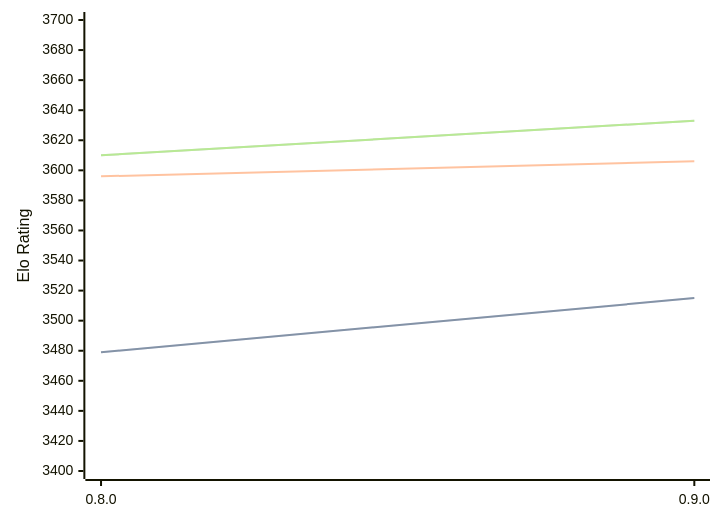
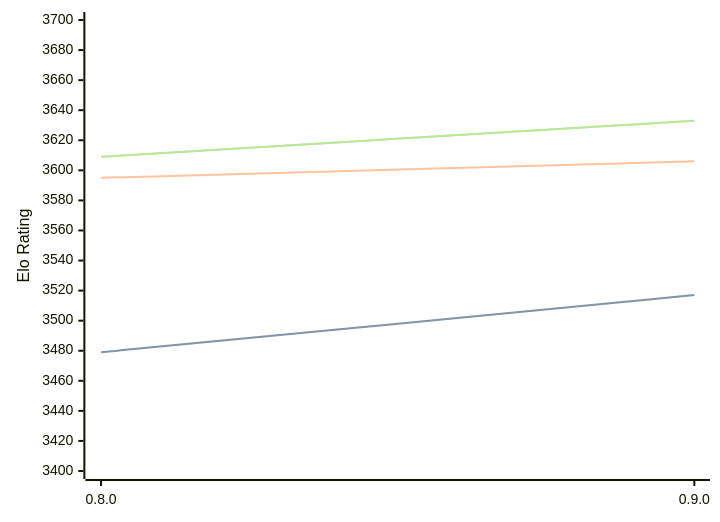
Before and after one commit to computer-chess-index/cci: the diagram in engines/Reckless.md, drawn with Mermaid. The commit also changed other lines of this file, not shown here.

Commit message:
Update CCI Ratings (ELO VLTC) - 2026-04-21

````diff
--- a/engines/Reckless.md
+++ b/engines/Reckless.md
@@ -39,11 +39,11 @@
 ```mermaid
 %%{init: {"theme":"base","themeVariables":{"seriesColors:['#a3a3a3','#222221','#faa371']}}}%%
 xychart-beta
   x-axis ["0.8.0", "0.9.0"]
   y-axis "Elo Rating" 3400 --> 3700
-  line "STC (8.0+0.08s)" [3479, 3515]
-  line "STC (8.0+0.08s)" [3479, 3515]
-  line "LTC (60.0+0.60s)" [3596, 3606]
-  line "VLTC (2m24s+1.12s)" [3610, 3633]
-  line "VLTC (2m24s+1.12s)" [3610, 3633]
+  line "STC (8.0+0.08s)" [3479, 3517]
+  line "STC (8.0+0.08s)" [3479, 3517]
+  line "LTC (60.0+0.60s)" [3595, 3606]
+  line "VLTC (2m24s+1.12s)" [3609, 3633]
+  line "VLTC (2m24s+1.12s)" [3609, 3633]
 ```
````
